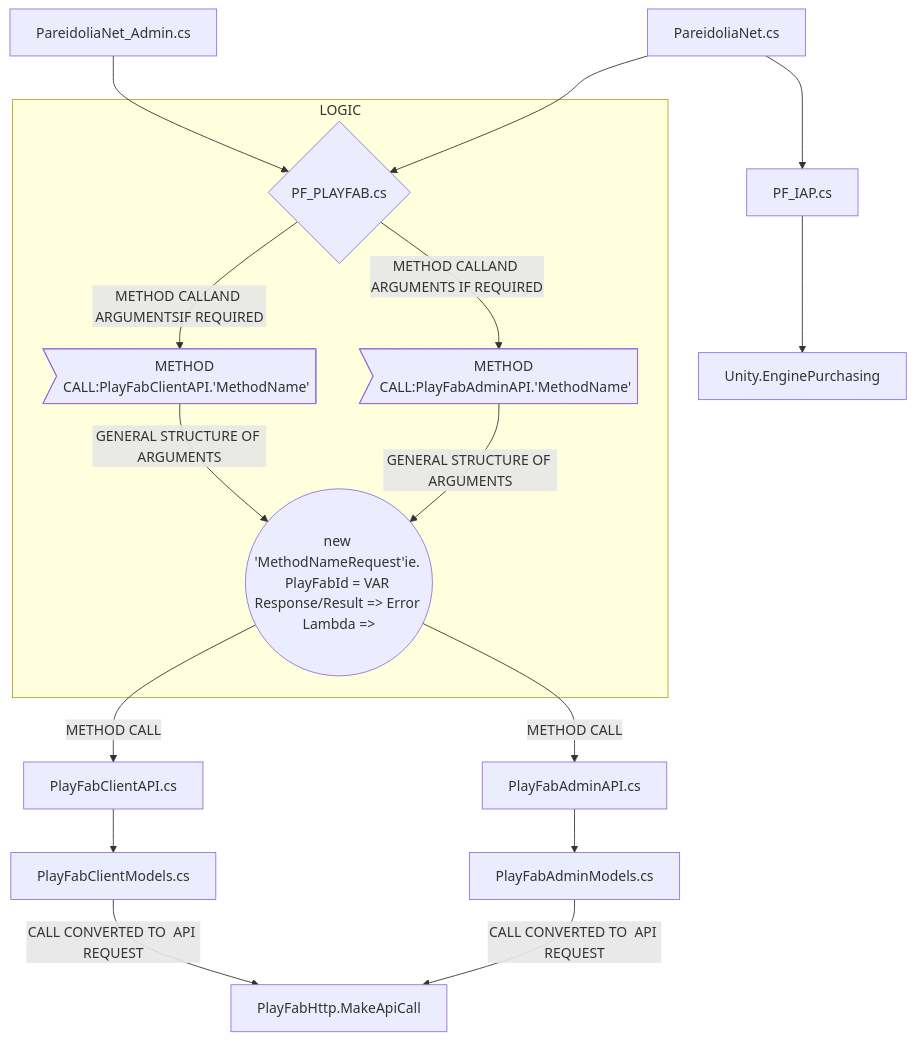
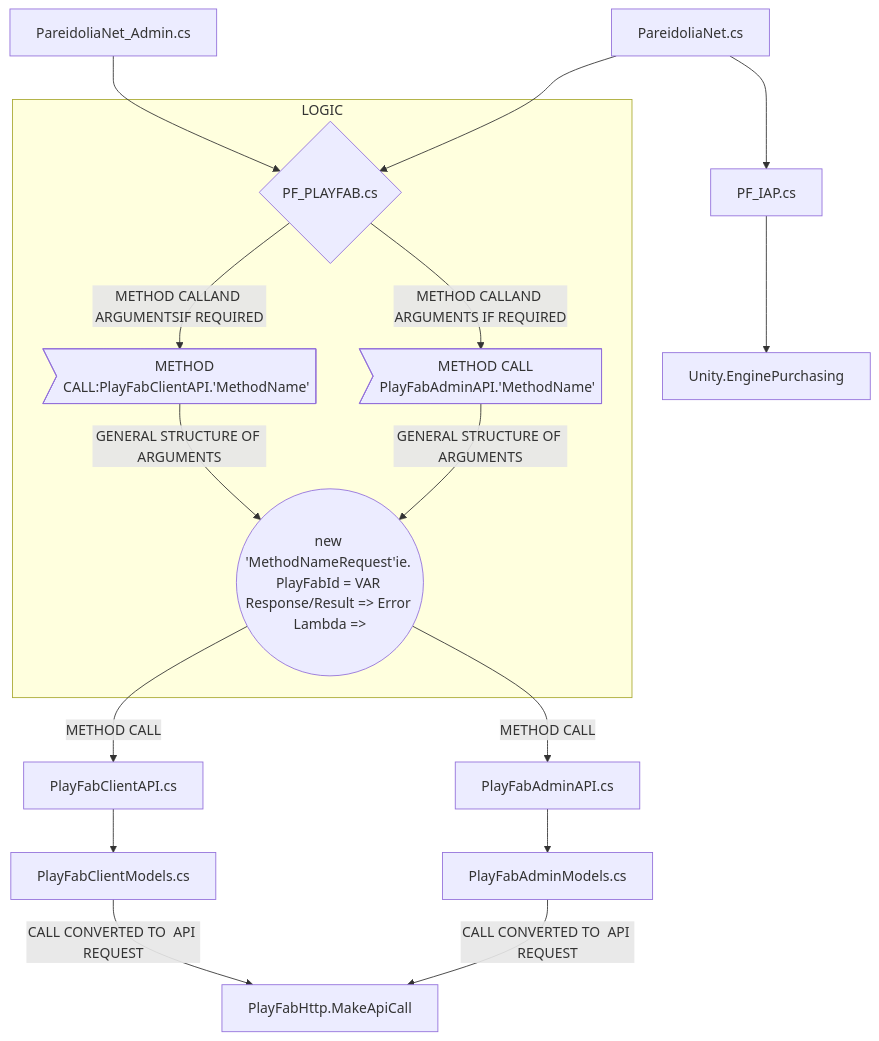
The third of 3 diagrams in merm.md (dconlrn/dconlrn.github.io), drawn with Mermaid before and after one commit. The commit also changed other lines of this file, not shown here.

Commit message:
django dep update

```diff
--- a/merm.md
+++ b/merm.md
@@ -35,22 +35,22 @@
 <div class="mermaid"> 
 
 
 graph TD;
     A[PareidoliaNet.cs]-->B{PF_PLAYFAB.cs};
     A-->C[PF_IAP.cs];
     D[PareidoliaNet_Admin.cs]-->B;
     subgraph O[LOGIC];
-    B-->|METHOD CALLAND ARGUMENTS IF REQUIRED|J>METHOD CALL:PlayFabAdminAPI.'MethodName'];
+    B-->|METHOD CALLAND ARGUMENTS IF REQUIRED|J>METHOD CALL PlayFabAdminAPI.'MethodName'];
     J-->|GENERAL STRUCTURE OF ARGUMENTS|L((new 'MethodNameRequest'ie. PlayFabId = VAR Response/Result => Error Lambda =>));
     B-->|METHOD CALLAND ARGUMENTSIF REQUIRED|K>METHOD CALL:PlayFabClientAPI.'MethodName'];
     K-->|GENERAL STRUCTURE OF ARGUMENTS|L;
     end;
     L-->|METHOD CALL|E[PlayFabAdminAPI.cs];
     L-->|METHOD CALL|F[PlayFabClientAPI.cs];
     E[PlayFabAdminAPI.cs]-->G[PlayFabAdminModels.cs];
     F[PlayFabClientAPI.cs]-->H[PlayFabClientModels.cs];
     G-->|CALL CONVERTED TO  API REQUEST|g[PlayFabHttp.MakeApiCall];
     H-->|CALL CONVERTED TO  API REQUEST|g;
     C[PF_IAP.cs]-->I[Unity.EnginePurchasing];
 
 </div> 
```
